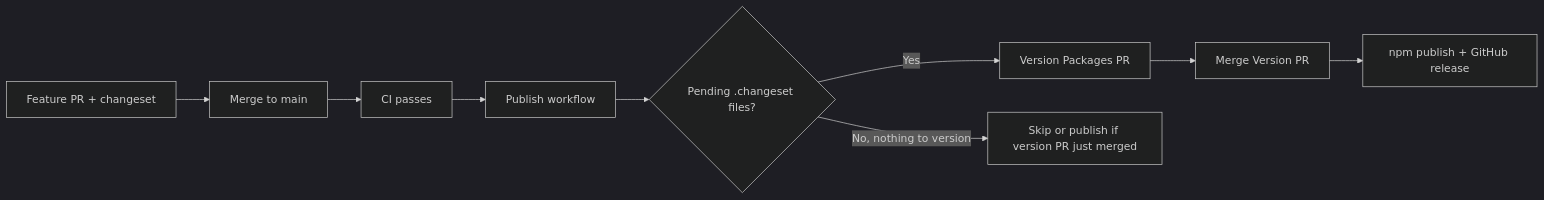
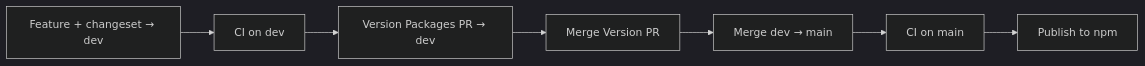
The diagram in RELEASING.md (KonseptDesign/three-iges-loader), drawn with Mermaid (dark theme) before and after one commit. The commit also changed other lines of this file and 6 other files, not shown here.

First line of the commit message:
Set up dev branch workflow for Changesets, CI, and Dependabot.

````diff
--- a/RELEASING.md
+++ b/RELEASING.md
@@ -7,11 +14,9 @@
 ```mermaid
 flowchart LR
-  A[Feature PR + changeset] --> B[Merge to main]
-  B --> C[CI passes]
-  C --> D[Publish workflow]
-  D --> E{Pending .changeset files?}
-  E -->|Yes| F[Version Packages PR]
-  F --> G[Merge Version PR]
-  G --> H[npm publish + GitHub release]
-  E -->|No, nothing to version| I[Skip or publish if version PR just merged]
+  A[Feature + changeset → dev] --> B[CI on dev]
+  B --> C[Version Packages PR → dev]
+  C --> D[Merge Version PR]
+  D --> E[Merge dev → main]
+  E --> F[CI on main]
+  F --> G[Publish to npm]
 ```
````
